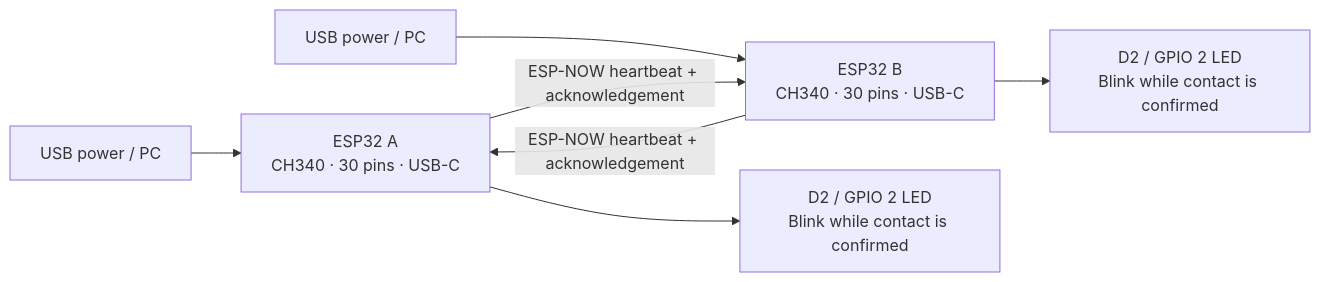
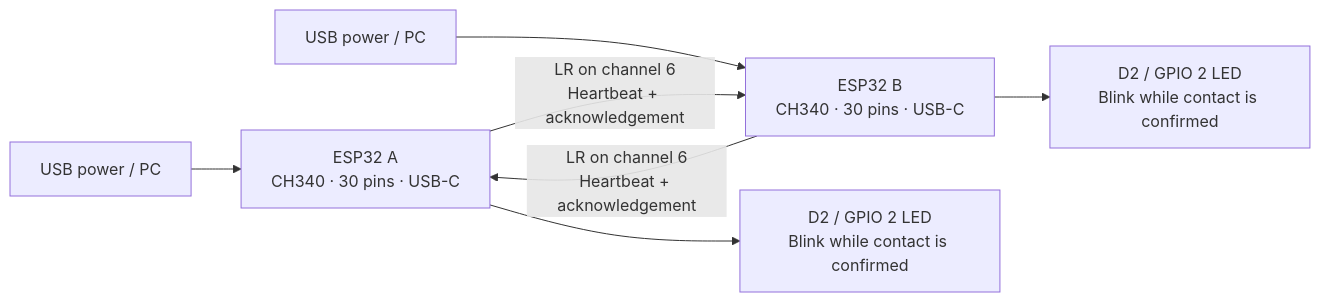
One commit to mithil2311/ESP32NOW changed the diagram in docs/diagrams/system.mmd. Above: the diagram before and after it, drawn with Mermaid. The commit also changed 8 other files, not shown here.

Commit message:
Enable ESP-NOW long range on channel 6 with bounded ACK retries

```diff
--- a/docs/diagrams/system.mmd
+++ b/docs/diagrams/system.mmd
@@ -1,7 +1,7 @@
 flowchart LR
     PA["USB power / PC"] --> A["ESP32 A<br/>CH340 · 30 pins · USB-C"]
     PB["USB power / PC"] --> B["ESP32 B<br/>CH340 · 30 pins · USB-C"]
-    A -->|"ESP-NOW heartbeat + acknowledgement"| B
-    B -->|"ESP-NOW heartbeat + acknowledgement"| A
+    A -->|"LR on channel 6<br/>Heartbeat + acknowledgement"| B
+    B -->|"LR on channel 6<br/>Heartbeat + acknowledgement"| A
     A --> LA["D2 / GPIO 2 LED<br/>Blink while contact is confirmed"]
     B --> LB["D2 / GPIO 2 LED<br/>Blink while contact is confirmed"]
```
